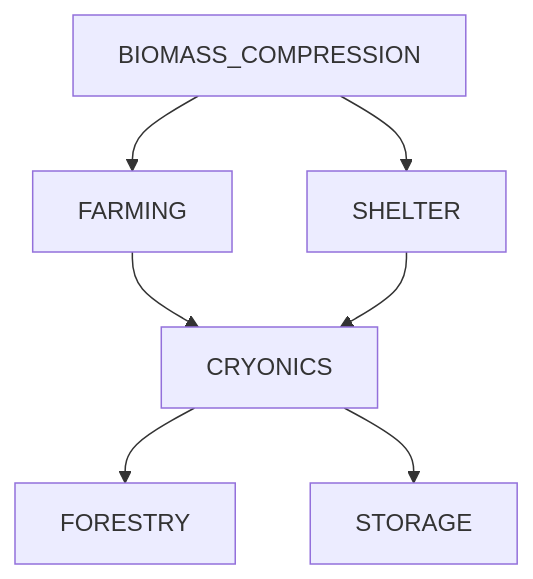
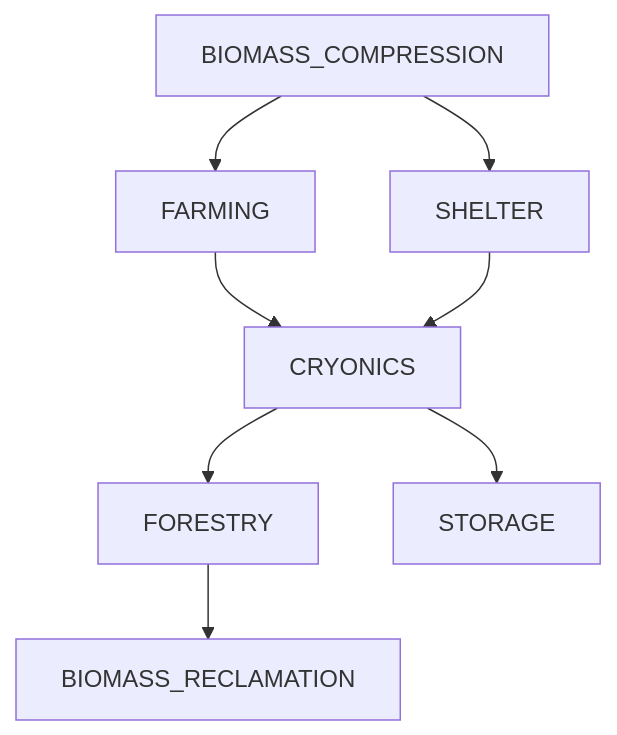
Before and after one commit to krnsk0/idler: the diagram in docs/TECH_TREE.md, drawn with Mermaid. The commit also changed 4 other files, not shown here.

````diff
--- a/docs/TECH_TREE.md
+++ b/docs/TECH_TREE.md
@@ -3,11 +3,12 @@
 ```mermaid
 
 graph TD;
   A[BIOMASS_COMPRESSION] --> B[FARMING]
   A[BIOMASS_COMPRESSION] --> C[SHELTER]
   B[FARMING] --> D[CRYONICS]
   C[SHELTER] --> D[CRYONICS]
   D[CRYONICS] --> E[FORESTRY]
   D[CRYONICS] --> F[STORAGE]
+  E[FORESTRY] --> G[BIOMASS_RECLAMATION]
 
 ```
````
